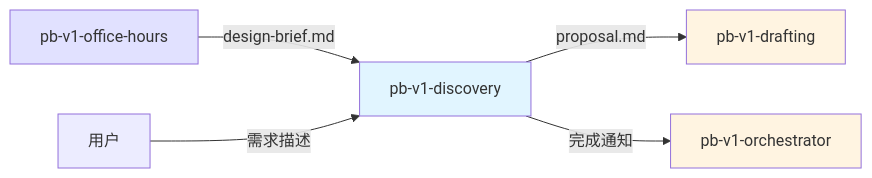
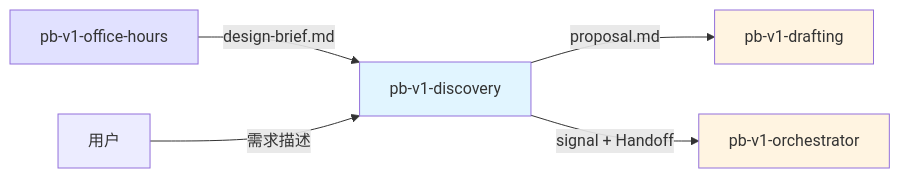
Before and after one commit to chenchiyuan/powerby-skills: the second of 2 diagrams in skills/pb-v1-discovery/SKILL.md, drawn with Mermaid. The commit also changed other lines of this file and 58 other files, not shown here.

````diff
--- a/skills/pb-v1-discovery/SKILL.md
+++ b/skills/pb-v1-discovery/SKILL.md
@@ -407,12 +518,12 @@
 ```mermaid
 graph LR
     OH[pb-v1-office-hours] -->|design-brief.md| DIS[pb-v1-discovery]
     User[用户] -->|需求描述| DIS
     DIS -->|proposal.md| DRA[pb-v1-drafting]
-    DIS -->|完成通知| ORC[pb-v1-orchestrator]
+    DIS -->|signal + Handoff| ORC[pb-v1-orchestrator]
     
     style DIS fill:#e1f5ff
     style OH fill:#e1e1ff
     style DRA fill:#fff4e1
     style ORC fill:#fff4e1
 ```
````
